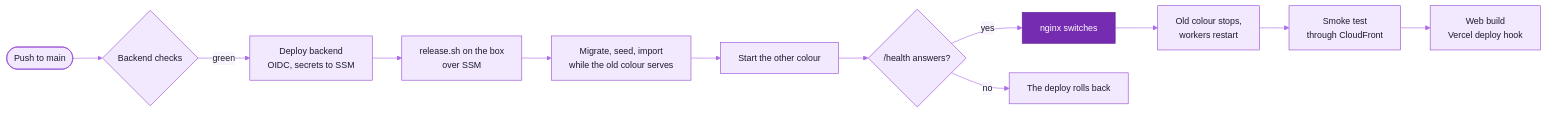
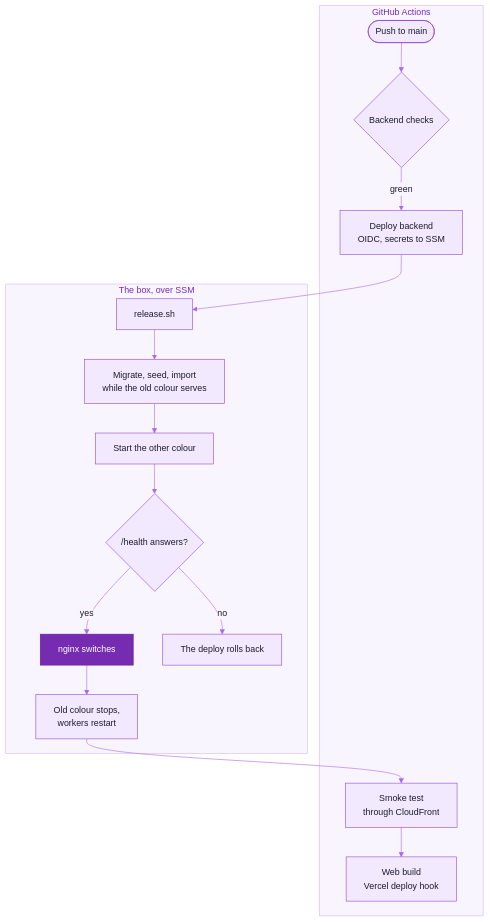
Before and after one commit to cxacraftecosystem-ui/KalaVigyan: the diagram in docs/RUNBOOK.md, drawn with Mermaid. The commit also changed 1 other file, not shown here.

Commit message:
The architecture page draws how a saved explainer improves, how stored pieces go stale, how Listen and a stage illustration are served and what each deploy runs, and says no nightly run rebuilds pieces; the runbook's deploy flow reads top down and says once that Vercel never builds from Git

````diff
--- a/docs/RUNBOOK.md
+++ b/docs/RUNBOOK.md
@@ -207,17 +207,33 @@
 ```mermaid
 %%{init: {"theme":"base","fontFamily":"Inter, ui-sans-serif, system-ui, -apple-system, Segoe UI, Roboto, Helvetica, Arial, sans-serif","themeVariables":{"fontSize":"15px","primaryColor":"#F2E9FE","primaryTextColor":"#1E1B2E","primaryBorderColor":"#9148D2","secondaryColor":"#FAEECD","secondaryTextColor":"#1E1B2E","secondaryBorderColor":"#CD9200","tertiaryColor":"#F3F1FA","tertiaryTextColor":"#1E1B2E","tertiaryBorderColor":"#A7A3BC","mainBkg":"#F2E9FE","nodeBorder":"#9148D2","nodeTextColor":"#1E1B2E","lineColor":"#AA69E9","textColor":"#857F9E","edgeLabelBackground":"#F9F5FF","clusterBkg":"#F9F5FF","clusterBorder":"#D6B6FB","titleColor":"#762CB1"}}}%%
-flowchart LR
-  P([Push to main]) --> BC{Backend checks}
-  BC -->|green| DB["Deploy backend<br/>OIDC, secrets to SSM"]
-  DB --> R["release.sh on the box<br/>over SSM"]
-  R --> M["Migrate, seed, import<br/>while the old colour serves"]
-  M --> S["Start the other colour"]
-  S --> H{"/health answers?"}
-  H -->|yes| N["nginx switches"]
-  H -->|no| K["The deploy rolls back"]
-  N --> W["Old colour stops,<br/>workers restart"]
-  W --> SM["Smoke test<br/>through CloudFront"]
-  SM --> V["Web build<br/>Vercel deploy hook"]
+flowchart TD
+  subgraph Actions["GitHub Actions"]
+    P([Push to main])
+    BC{Backend checks}
+    DB["Deploy backend<br/>OIDC, secrets to SSM"]
+    SM["Smoke test<br/>through CloudFront"]
+    V["Web build<br/>Vercel deploy hook"]
+  end
+  subgraph Box["The box, over SSM"]
+    R["release.sh"]
+    M["Migrate, seed, import<br/>while the old colour serves"]
+    S["Start the other colour"]
+    H{"/health answers?"}
+    N["nginx switches"]
+    K["The deploy rolls back"]
+    W["Old colour stops,<br/>workers restart"]
+  end
+  P --> BC
+  BC -->|green| DB
+  DB --> R
+  R --> M
+  M --> S
+  S --> H
+  H -->|yes| N
+  H -->|no| K
+  N --> W
+  W --> SM
+  SM --> V
   classDef accent fill:#762CB1,stroke:#5F1C93,color:#FFFFFF
   class N accent
 ```
````
